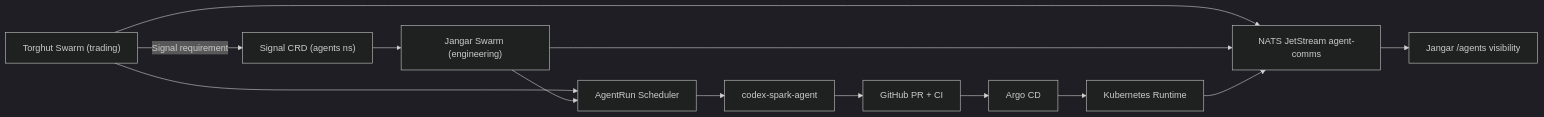
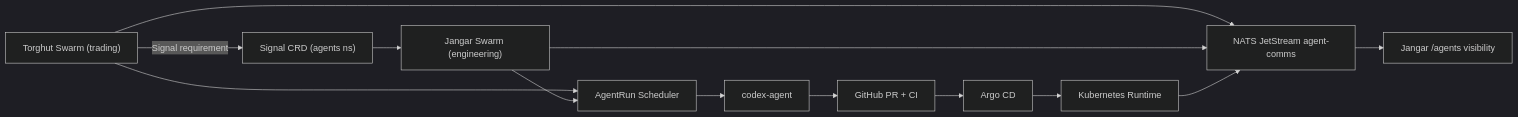
Before and after one commit to proompteng/lab: the first of 2 diagrams in docs/jangar/runbooks/swarm-end-to-end-runbook.md, drawn with Mermaid (dark theme). The commit also changed other lines of this file and 1112 other files, not shown here.

````diff
--- a/docs/jangar/runbooks/swarm-end-to-end-runbook.md
+++ b/docs/jangar/runbooks/swarm-end-to-end-runbook.md
@@ -10,15 +10,15 @@
 ```mermaid
 flowchart LR
   T["Torghut Swarm (trading)"] -->|Signal requirement| S["Signal CRD (agents ns)"]
   S --> J["Jangar Swarm (engineering)"]
   T --> N["NATS JetStream agent-comms"]
   J --> N
   N --> V["Jangar /agents visibility"]
   T --> AR["AgentRun Scheduler"]
   J --> AR
-  AR --> C["codex-spark-agent"]
+  AR --> C["codex-agent"]
   C --> G["GitHub PR + CI"]
   G --> A["Argo CD"]
   A --> K["Kubernetes Runtime"]
   K --> N
 ```
````
